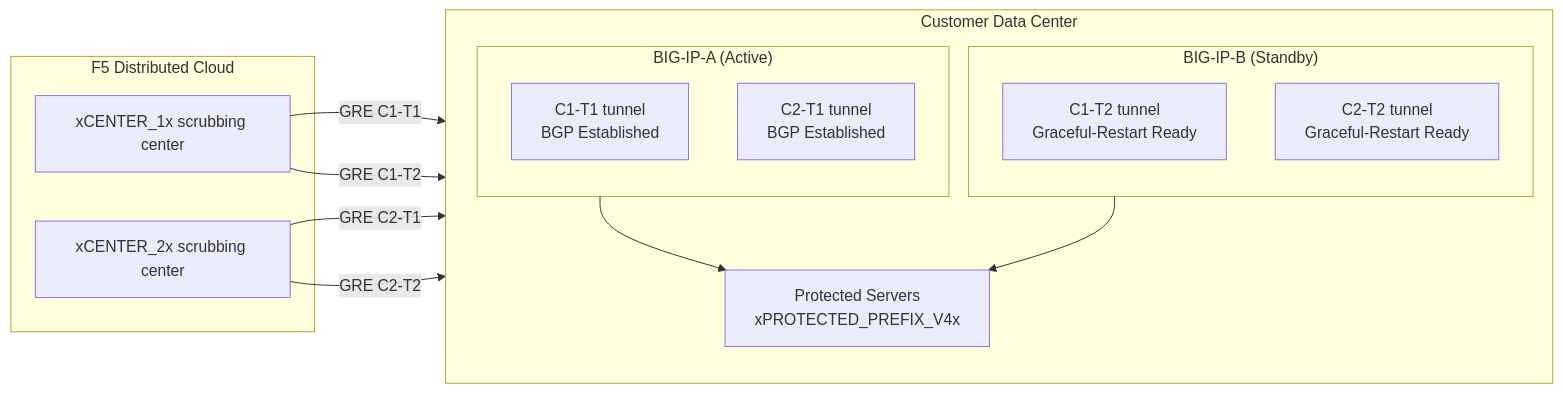
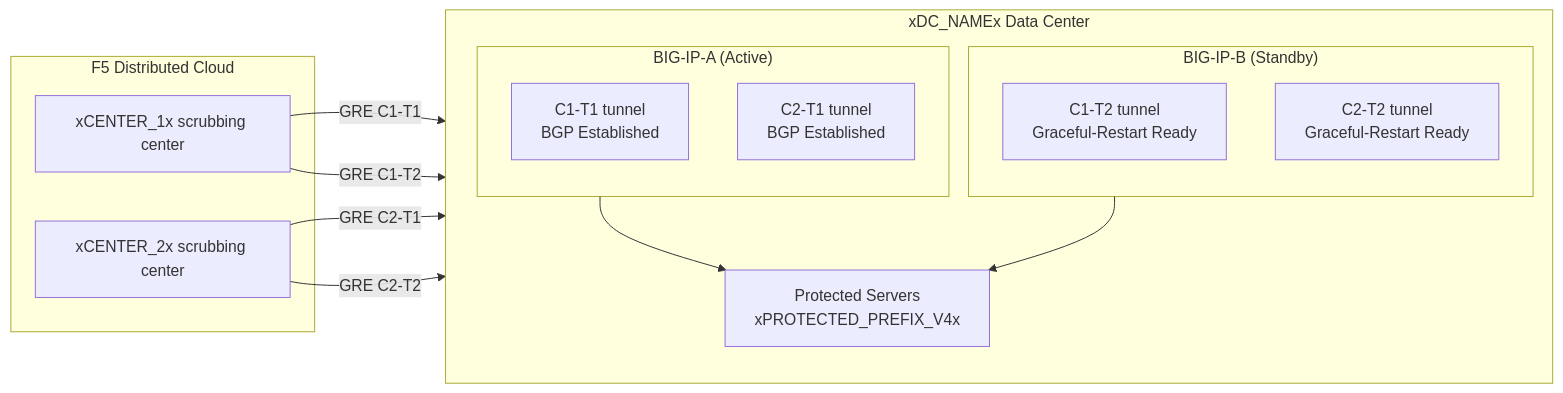
One commit to robinmordasiewicz/f5xc-bigip-ddos-gre changed the fourth of 4 diagrams in docs/index.md. Above: the diagram before and after it, drawn with Mermaid. The commit also changed other lines of this file and 4 other files, not shown here.

````diff
--- a/docs/index.md
+++ b/docs/index.md
@@ -905,27 +908,27 @@
 ```mermaid
 flowchart LR
     subgraph F5XC["F5 Distributed Cloud"]
         C1["xCENTER_1x scrubbing center"]
         C2["xCENTER_2x scrubbing center"]
     end
 
-    subgraph DC["Customer Data Center"]
+    subgraph DC["xDC_NAMEx Data Center"]
         direction TB
         subgraph UNITA["BIG-IP-A (Active)"]
             A_C1["C1-T1 tunnel<br/>BGP Established"]
             A_C2["C2-T1 tunnel<br/>BGP Established"]
         end
         subgraph UNITB["BIG-IP-B (Standby)"]
             B_C1["C1-T2 tunnel<br/>Graceful-Restart Ready"]
             B_C2["C2-T2 tunnel<br/>Graceful-Restart Ready"]
         end
         SERVERS["Protected Servers<br/>xPROTECTED_PREFIX_V4x"]
     end
 
     C1 -- "GRE C1-T1" --> A_C1
     C2 -- "GRE C2-T1" --> A_C2
     C1 -- "GRE C1-T2" --> B_C1
     C2 -- "GRE C2-T2" --> B_C2
     UNITA --> SERVERS
     UNITB --> SERVERS
 ```
````
